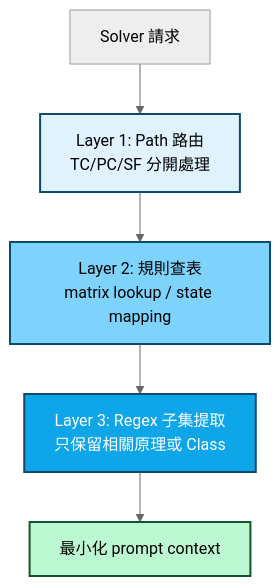
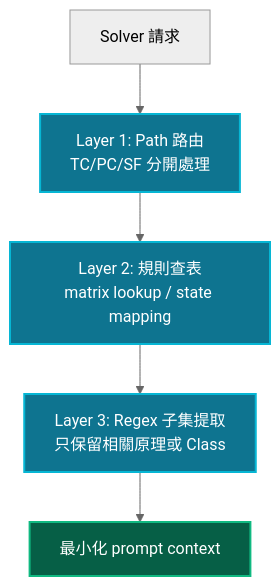
One commit to Zenobia0000/RD_copilot_system changed diagram 24 of 31 in docs/01-define/diagrams/appendix-b--forward-triz-solver.md. Above: the diagram before and after it, drawn with Mermaid. The commit also changed other lines of this file and 10 other files, not shown here.

First line of the commit message:
docs(diagrams): Gate 審計修復 + diagrams 缺失補齊 + Mermaid 暗色配色

````diff
--- a/docs/01-define/diagrams/appendix-b--forward-triz-solver.md
+++ b/docs/01-define/diagrams/appendix-b--forward-triz-solver.md
@@ -1083,13 +1083,13 @@
 ```mermaid
 %%{init: {'theme': 'neutral'}}%%
 flowchart TB
     Q[Solver 請求] --> L1[Layer 1: Path 路由<br/>TC/PC/SF 分開處理]
     L1 --> L2[Layer 2: 規則查表<br/>matrix lookup / state mapping]
     L2 --> L3[Layer 3: Regex 子集提取<br/>只保留相關原理或 Class]
     L3 --> OUT[最小化 prompt context]
 
-    style L1 fill:#e0f2fe,stroke:#0c4a6e,stroke-width:2px,color:#000
-    style L2 fill:#7dd3fc,stroke:#0c4a6e,stroke-width:2px,color:#000
-    style L3 fill:#0ea5e9,stroke:#0c4a6e,stroke-width:2px,color:#fff
-    style OUT fill:#bbf7d0,stroke:#14532d,stroke-width:2px,color:#000
+    style L1 fill:#0E7490,color:#fff,stroke:#06B6D4,stroke-width:2px
+    style L2 fill:#0E7490,color:#fff,stroke:#06B6D4,stroke-width:2px
+    style L3 fill:#0E7490,color:#fff,stroke:#06B6D4,stroke-width:2px
+    style OUT fill:#065F46,color:#fff,stroke:#10B981,stroke-width:2px
 ```
````
